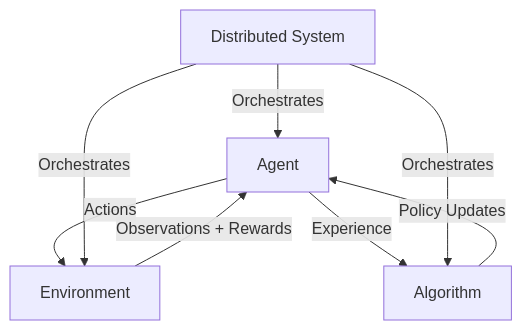
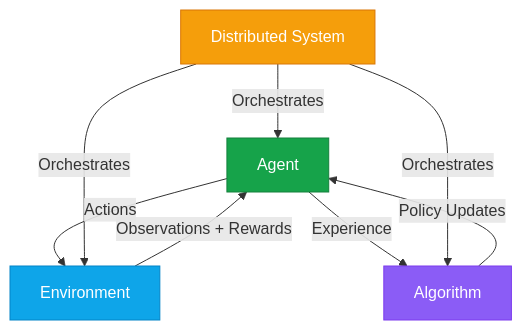
Before and after one commit to Aayan-Mishra/docs: the diagram in artemis/core/overview.mdx, drawn with Mermaid. The commit also changed other lines of this file and 6 other files, not shown here.

````diff
--- a/artemis/core/overview.mdx
+++ b/artemis/core/overview.mdx
@@ -28,10 +28,15 @@
 ```mermaid
 graph TD
     A[Agent] -->|Actions| B[Environment]
     B -->|Observations + Rewards| A
     C[Algorithm] -->|Policy Updates| A
     A -->|Experience| C
     D[Distributed System] -->|Orchestrates| A
     D -->|Orchestrates| B
     D -->|Orchestrates| C
+    
+    style A fill:#16A34A,stroke:#15803D,color:#fff
+    style B fill:#0EA5E9,stroke:#0284C7,color:#fff
+    style C fill:#8B5CF6,stroke:#7C3AED,color:#fff
+    style D fill:#F59E0B,stroke:#D97706,color:#fff
 ```
````
